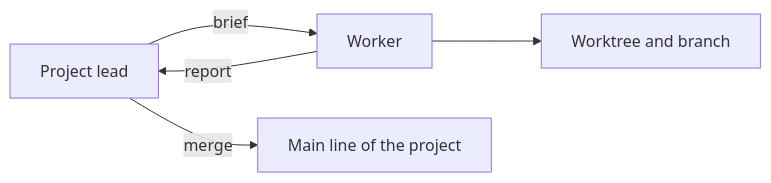
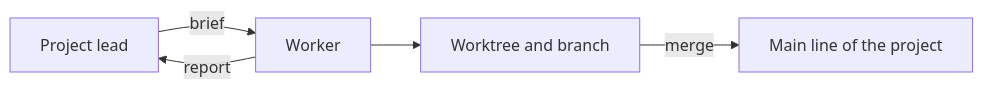
One commit to tm-henningnt/HerdrBoss changed the third of 8 diagrams in docs/concepts.md. Above: the diagram before and after it, drawn with Mermaid. The commit also changed other lines of this file and 1 other file, not shown here.

````diff
--- a/docs/concepts.md
+++ b/docs/concepts.md
@@ -42,7 +42,7 @@
 ```mermaid
 flowchart LR
     lead[Project lead] -- brief --> worker[Worker]
     worker --> tree[Worktree and branch]
     worker -- report --> lead
-    lead -- merge --> main[Main line of the project]
+    tree -- merge --> main[Main line of the project]
 ```
````
